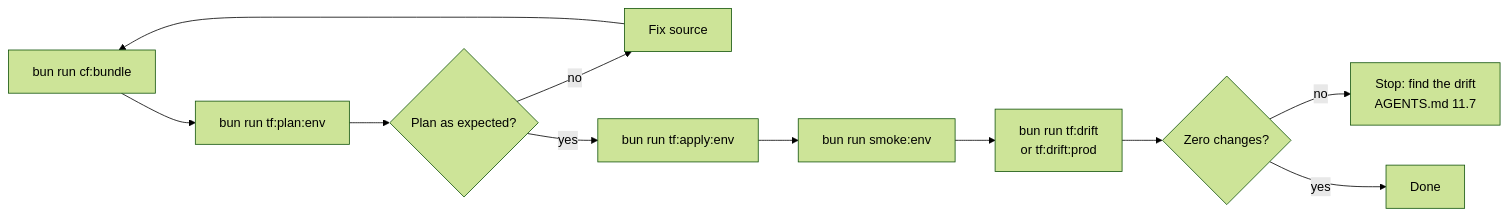
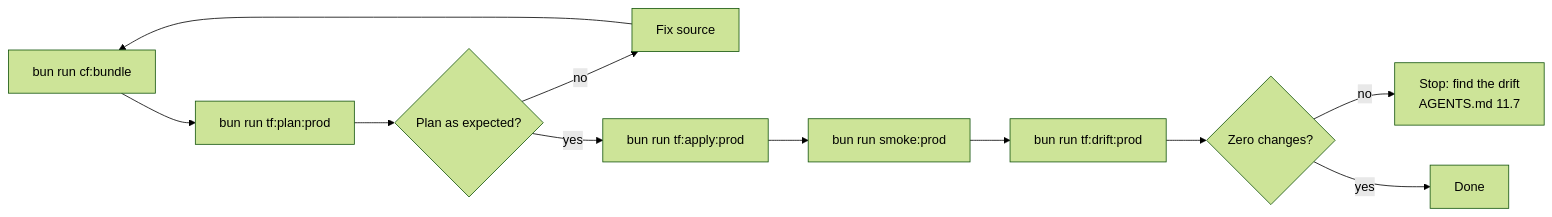
The diagram in docs/operations/deploy.md (nsudhanva/rhumbatron), drawn with Mermaid (forest theme) before and after one commit. The commit also changed other lines of this file and 20 other files, not shown here.

````diff
--- a/docs/operations/deploy.md
+++ b/docs/operations/deploy.md
@@ -13,12 +13,12 @@
 ```mermaid
 flowchart LR
-  b[bun run cf:bundle] --> p[bun run tf:plan:env]
+  b[bun run cf:bundle] --> p[bun run tf:plan:prod]
   p --> r{Plan as expected?}
   r -->|no| fix[Fix source] --> b
-  r -->|yes| a[bun run tf:apply:env]
-  a --> s[bun run smoke:env]
-  s --> d[bun run tf:drift<br/>or tf:drift:prod]
+  r -->|yes| a[bun run tf:apply:prod]
+  a --> s[bun run smoke:prod]
+  s --> d[bun run tf:drift:prod]
   d --> c{Zero changes?}
   c -->|no| drift[Stop: find the drift<br/>AGENTS.md 11.7]
   c -->|yes| done[Done]
 ```
````
